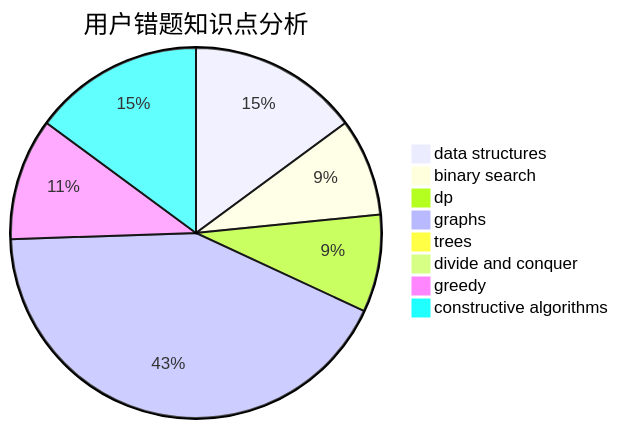
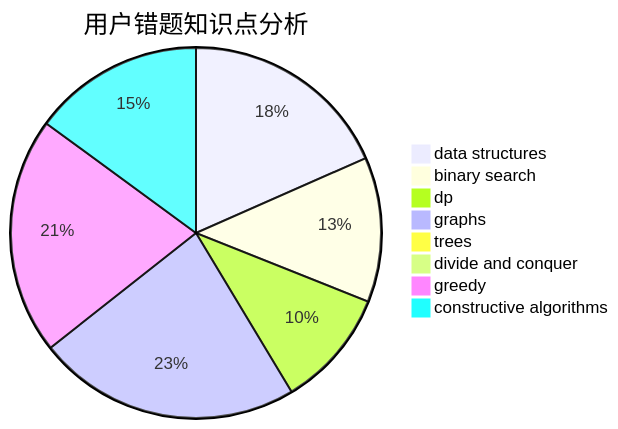
The third of 3 diagrams in docs/user/u1173.md (sherpahu/cfrs.github.io), drawn with Mermaid before and after one commit. The commit also changed other lines of this file and 2770 other files, not shown here.

````diff
--- a/docs/user/u1173.md
+++ b/docs/user/u1173.md
@@ -36,11 +36,11 @@
 ```mermaid
 pie title 用户错题知识点分析
-    "data structures" :  7
-    "binary search" :  4
-    "dp" :  4
+    "data structures" :  16
+    "binary search" :  11
+    "dp" :  9
     "graphs" :  20
     "trees" :  0
     "divide and conquer" :  0
-    "greedy" :  5
-    "constructive algorithms" :  7
+    "greedy" :  18
+    "constructive algorithms" :  13
 ```
````
